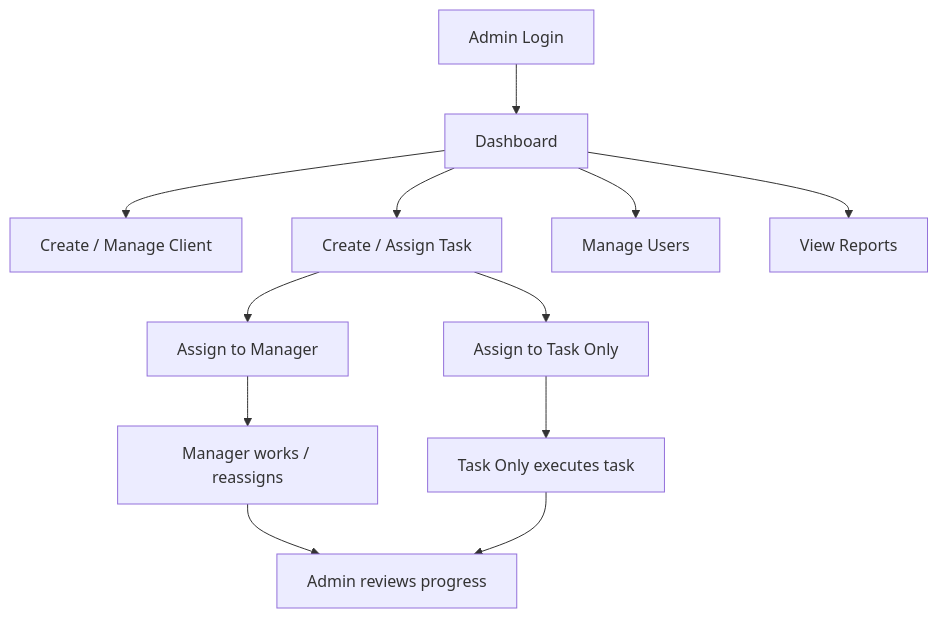
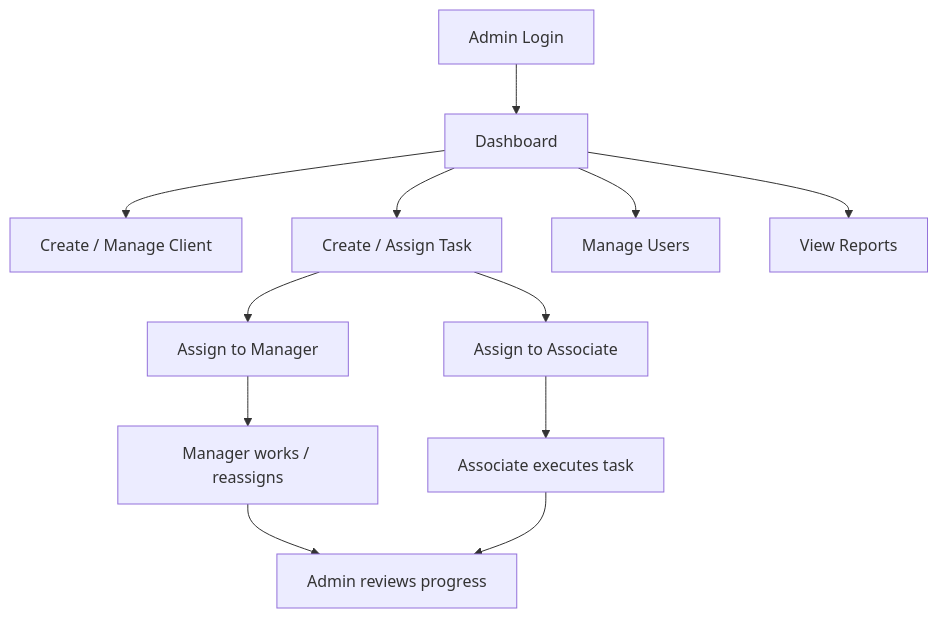
One commit to tushar-134/Project1 changed the diagram in ADMIN_ROLE_ARCHITECTURE.md. Above: the diagram before and after it, drawn with Mermaid. The commit also changed other lines of this file and 6 other files, not shown here.

Commit message:
chore: replace remaining occurrences of task_only with associate

````diff
--- a/ADMIN_ROLE_ARCHITECTURE.md
+++ b/ADMIN_ROLE_ARCHITECTURE.md
@@ -175,14 +175,14 @@
 ```mermaid
 flowchart TD
     A["Admin Login"] --> B["Dashboard"]
     B --> C["Create / Manage Client"]
     B --> D["Create / Assign Task"]
     B --> E["Manage Users"]
     B --> F["View Reports"]
     D --> G["Assign to Manager"]
-    D --> H["Assign to Task Only"]
+    D --> H["Assign to Associate"]
     G --> I["Manager works / reassigns"]
-    H --> J["Task Only executes task"]
+    H --> J["Associate executes task"]
     I --> K["Admin reviews progress"]
     J --> K
 ```
````
